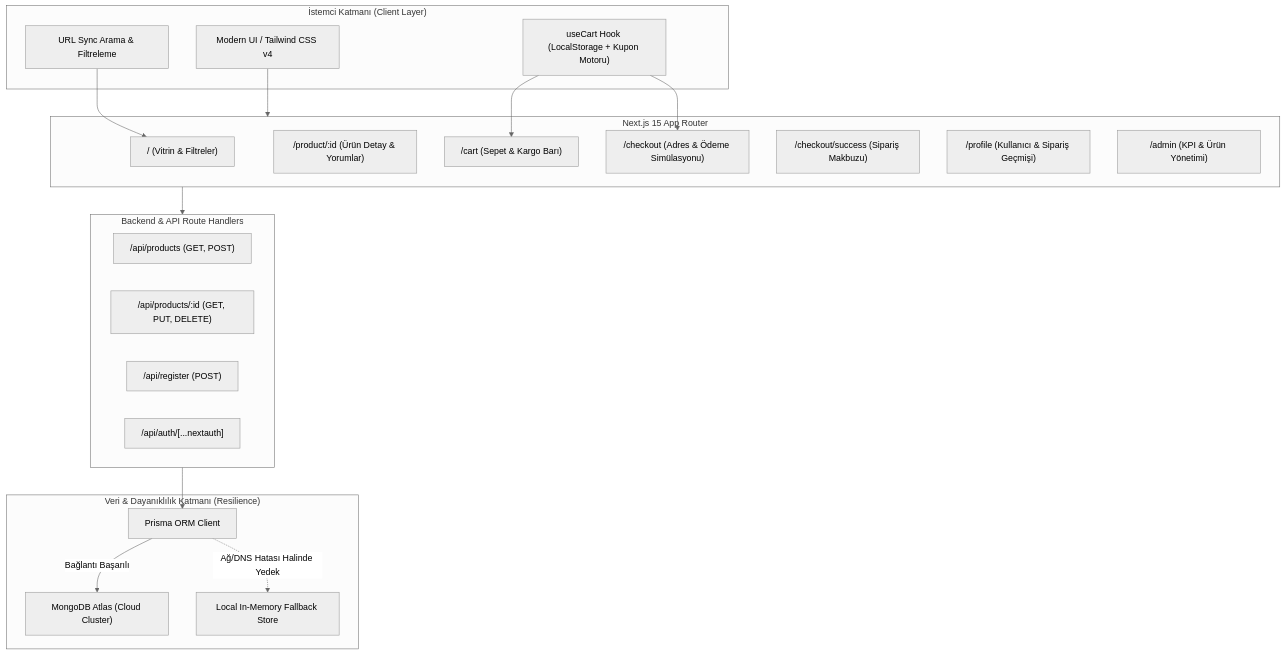
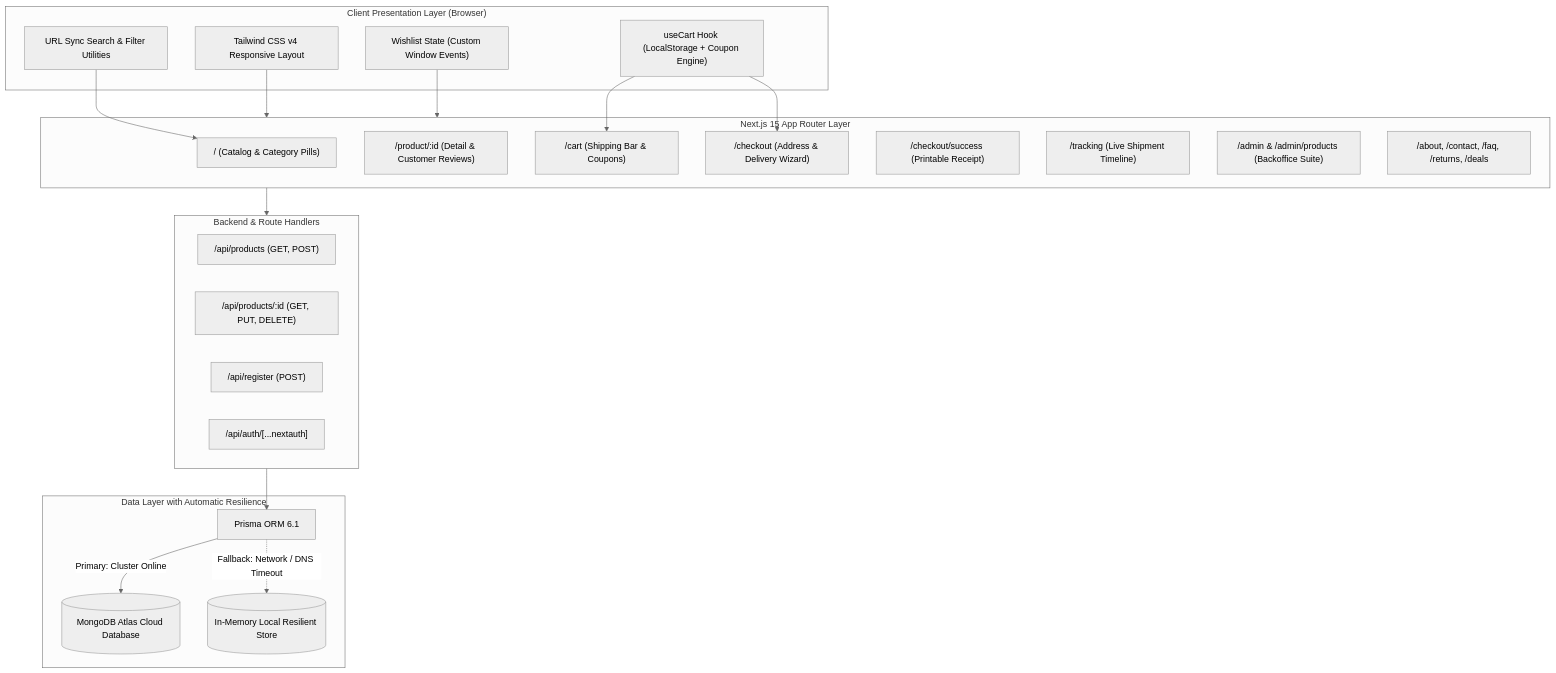
The diagram in README.md (haticetatli/next.js-ecommerce), drawn with Mermaid (neutral theme) before and after one commit. The commit also changed other lines of this file and 1 other file, not shown here.

````diff
--- a/README.md
+++ b/README.md
@@ -32,40 +87,43 @@
 ```mermaid
 flowchart TD
-    subgraph Client ["İstemci Katmanı (Client Layer)"]
-        UI["Modern UI / Tailwind CSS v4"]
-        CartHook["useCart Hook (LocalStorage + Kupon Motoru)"]
-        FilterHook["URL Sync Arama & Filtreleme"]
+    subgraph Client ["Client Presentation Layer (Browser)"]
+        UI["Tailwind CSS v4 Responsive Layout"]
+        CartStore["useCart Hook (LocalStorage + Coupon Engine)"]
+        Wishlist["Wishlist State (Custom Window Events)"]
+        FilterEngine["URL Sync Search & Filter Utilities"]
     end
 
-    subgraph AppRouter ["Next.js 15 App Router"]
-        Home["/ (Vitrin & Filtreler)"]
-        Detail["/product/:id (Ürün Detay & Yorumlar)"]
-        Cart["/cart (Sepet & Kargo Barı)"]
-        Checkout["/checkout (Adres & Ödeme Simülasyonu)"]
-        Success["/checkout/success (Sipariş Makbuzu)"]
-        Profile["/profile (Kullanıcı & Sipariş Geçmişi)"]
-        Admin["/admin (KPI & Ürün Yönetimi)"]
+    subgraph AppRouter ["Next.js 15 App Router Layer"]
+        HomePage["/ (Catalog & Category Pills)"]
+        ProductPage["/product/:id (Detail & Customer Reviews)"]
+        CartPage["/cart (Shipping Bar & Coupons)"]
+        CheckoutPage["/checkout (Address & Delivery Wizard)"]
+        SuccessPage["/checkout/success (Printable Receipt)"]
+        TrackPage["/tracking (Live Shipment Timeline)"]
+        AdminArea["/admin & /admin/products (Backoffice Suite)"]
+        Corporate["/about, /contact, /faq, /returns, /deals"]
     end
 
-    subgraph BackendLayer ["Backend & API Route Handlers"]
+    subgraph APILayer ["Backend & Route Handlers"]
         ProductsAPI["/api/products (GET, POST)"]
-        ProductItemAPI["/api/products/:id (GET, PUT, DELETE)"]
+        ProductDetailAPI["/api/products/:id (GET, PUT, DELETE)"]
         RegisterAPI["/api/register (POST)"]
         AuthRoute["/api/auth/[...nextauth]"]
     end
 
-    subgraph DataLayer ["Veri & Dayanıklılık Katmanı (Resilience)"]
-        PrismaClient["Prisma ORM Client"]
-        MongoAtlas["MongoDB Atlas (Cloud Cluster)"]
-        FallbackMemory["Local In-Memory Fallback Store"]
+    subgraph DataResilience ["Data Layer with Automatic Resilience"]
+        PrismaClient["Prisma ORM 6.1"]
+        MongoAtlas[("MongoDB Atlas Cloud Database")]
+        InMemoryStore[("In-Memory Local Resilient Store")]
     end
 
     UI --> AppRouter
-    CartHook --> Cart
-    CartHook --> Checkout
-    FilterHook --> Home
-    AppRouter --> BackendLayer
-    BackendLayer --> PrismaClient
-    PrismaClient -->|Bağlantı Başarılı| MongoAtlas
-    PrismaClient -.->|Ağ/DNS Hatası Halinde Yedek| FallbackMemory
+    CartStore --> CartPage
+    CartStore --> CheckoutPage
+    Wishlist --> AppRouter
+    FilterEngine --> HomePage
+    AppRouter --> APILayer
+    APILayer --> PrismaClient
+    PrismaClient -->|Primary: Cluster Online| MongoAtlas
+    PrismaClient -.->|Fallback: Network / DNS Timeout| InMemoryStore
 ```
````
